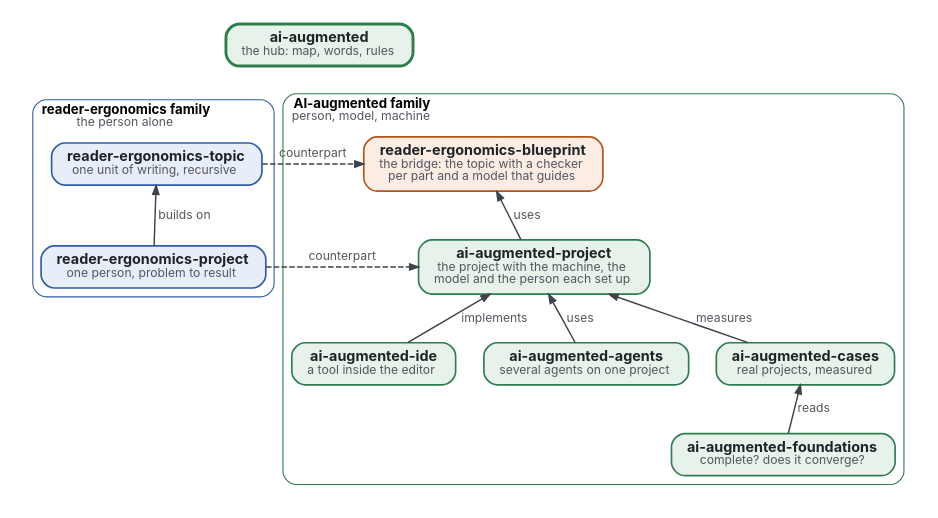
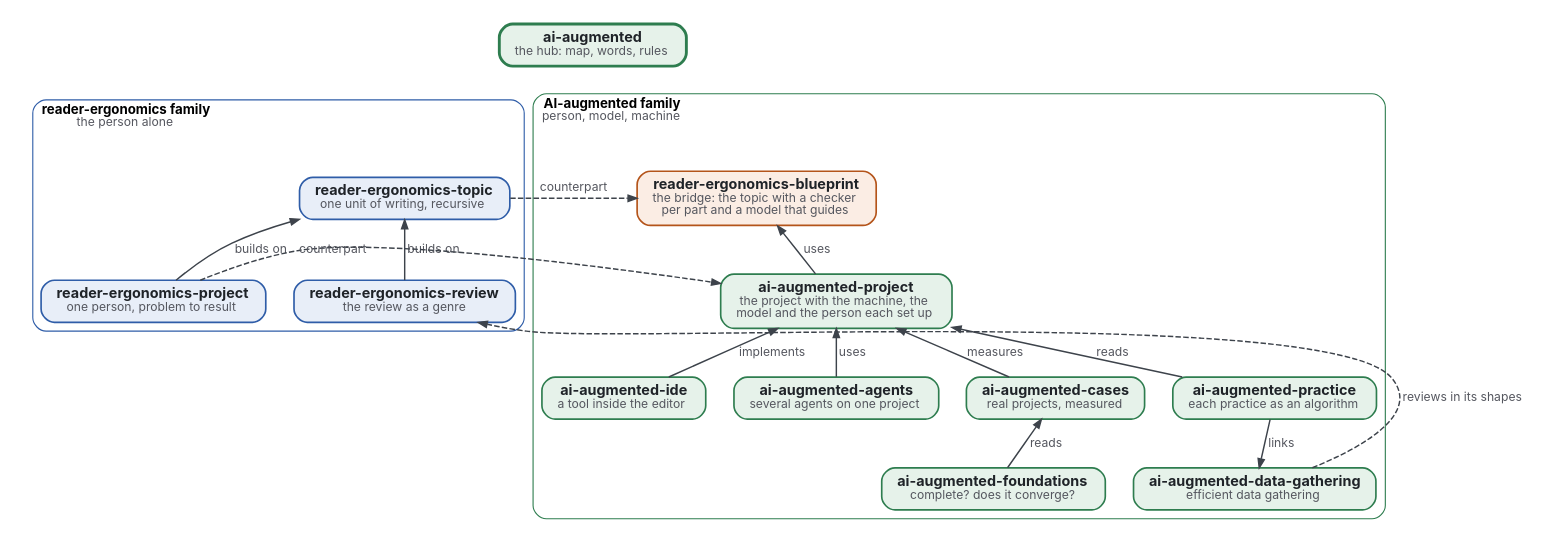
The diagram in map.dot (Tewf/ai-augmented), drawn with Graphviz before and after one commit. The commit also changed 4 other files, not shown here.

First line of the commit message:
Add practice and data gathering to the map

```diff
--- a/map.dot
+++ b/map.dot
@@ -1,34 +1,41 @@
 // The map of the two families. Colours: reader-ergonomics family blue, AI-augmented family green, the bridge orange,
 // each kind named in its box; this page, the hub, has the thick border and nothing points to it.
 digraph map {
   graph [rankdir=TB, nodesep=0.35, ranksep=0.45, bgcolor="white", pad=0.2, fontname="Inter", compound=true, newrank=true];
   node  [shape=box, style="rounded,filled", fontname="Inter", fontsize=13, margin="0.2,0.1", penwidth=1.5, fontcolor="#1F2328"];
   edge  [fontname="Inter", fontsize=11, color="#3D434B", fontcolor="#55575F", penwidth=1.3, arrowsize=0.8];
   HUB [label=<<b>ai-augmented</b><br/><font point-size="11" color="#55575F">the hub: map, words, rules</font>>, fillcolor="#E6F2EA", color="#2E7D4F", penwidth=2.6];
   subgraph cluster_re {
     label=<<b>reader-ergonomics family</b><br/><font point-size="11" color="#55575F">the person alone</font>>; labeljust=l; style="rounded"; color="#2F5DA8"; fontname="Inter"; fontsize=12;
     T [label=<<b>reader-ergonomics-topic</b><br/><font point-size="11" color="#55575F">one unit of writing, recursive</font>>, fillcolor="#E8EEF8", color="#2F5DA8"];
     P [label=<<b>reader-ergonomics-project</b><br/><font point-size="11" color="#55575F">one person, problem to result</font>>, fillcolor="#E8EEF8", color="#2F5DA8"];
+    RV [label=<<b>reader-ergonomics-review</b><br/><font point-size="11" color="#55575F">the review as a genre</font>>, fillcolor="#E8EEF8", color="#2F5DA8"];
   }
   subgraph cluster_ai {
     label=<<b>AI-augmented family</b><br/><font point-size="11" color="#55575F">person, model, machine</font>>; labeljust=l; style="rounded"; color="#2E7D4F"; fontname="Inter"; fontsize=12;
     BP [label=<<b>reader-ergonomics-blueprint</b><br/><font point-size="11" color="#55575F">the bridge: the topic with a checker</font><br/><font point-size="11" color="#55575F">per part and a model that guides</font>>, fillcolor="#FBEDE4", color="#B4541A"];
     AP [label=<<b>ai-augmented-project</b><br/><font point-size="11" color="#55575F">the project with the machine, the</font><br/><font point-size="11" color="#55575F">model and the person each set up</font>>, fillcolor="#E6F2EA", color="#2E7D4F"];
     IDE [label=<<b>ai-augmented-ide</b><br/><font point-size="11" color="#55575F">a tool inside the editor</font>>, fillcolor="#E6F2EA", color="#2E7D4F"];
     AG [label=<<b>ai-augmented-agents</b><br/><font point-size="11" color="#55575F">several agents on one project</font>>, fillcolor="#E6F2EA", color="#2E7D4F"];
     F [label=<<b>ai-augmented-foundations</b><br/><font point-size="11" color="#55575F">complete? does it converge?</font>>, fillcolor="#E6F2EA", color="#2E7D4F"];
     C [label=<<b>ai-augmented-cases</b><br/><font point-size="11" color="#55575F">real projects, measured</font>>, fillcolor="#E6F2EA", color="#2E7D4F"];
+    PRC [label=<<b>ai-augmented-practice</b><br/><font point-size="11" color="#55575F">each practice as an algorithm</font>>, fillcolor="#E6F2EA", color="#2E7D4F"];
+    DG [label=<<b>ai-augmented-data-gathering</b><br/><font point-size="11" color="#55575F">efficient data gathering</font>>, fillcolor="#E6F2EA", color="#2E7D4F"];
   }
   HUB -> T [style=invis];
   HUB -> BP [style=invis];
   T -> BP [label=" counterpart", style=dashed, constraint=false];
   P -> AP [label=" counterpart", style=dashed, constraint=false];
   T -> P [dir=back, label=" builds on"];
   BP -> AP [dir=back, label=" uses"];
   AP -> IDE [dir=back, label=" implements"];
   AP -> AG [dir=back, label=" uses"];
   AP -> C [dir=back, label=" measures"];
   C -> F [dir=back, label=" reads"];
+  AP -> PRC [dir=back, label=" reads"];
+  PRC -> DG [label=" links"];
+  T -> RV [dir=back, label=" builds on"];
+  DG -> RV [style=dashed, label=" reviews in its shapes", constraint=false];
   {rank=same; T; BP}
   {rank=same; P; AP}
 }
```
